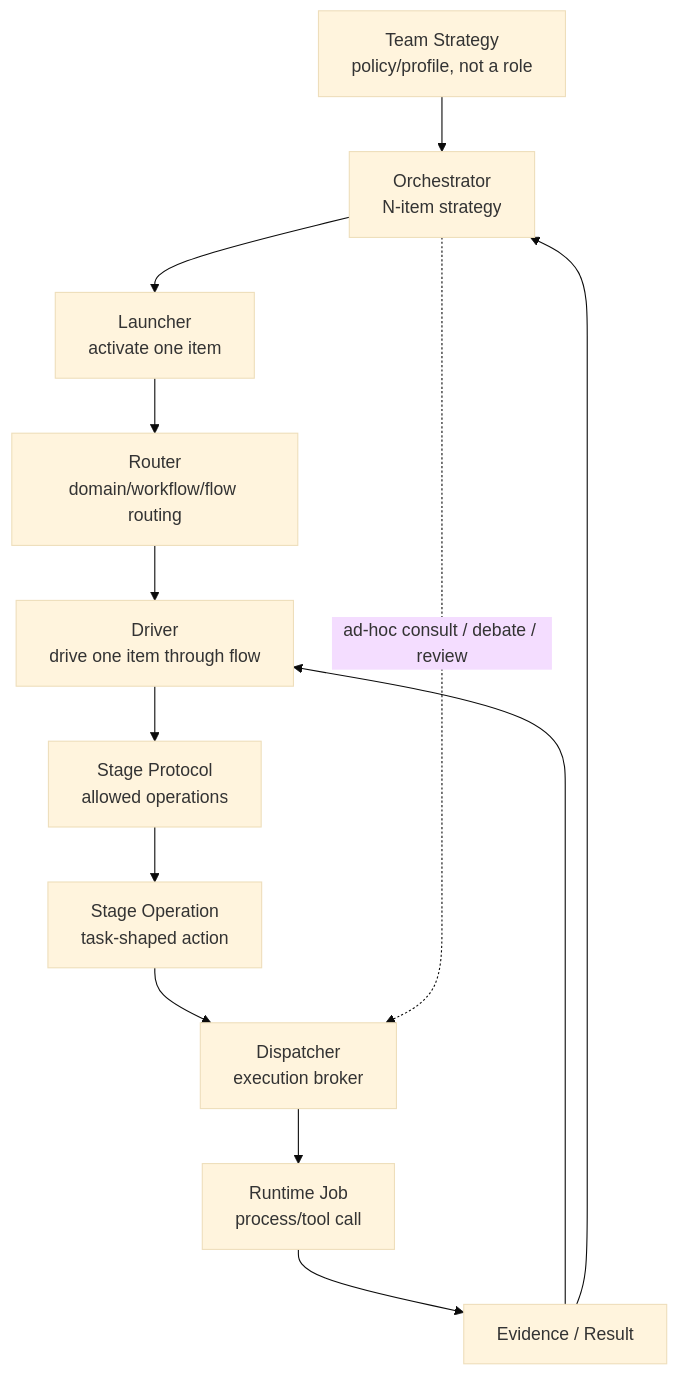
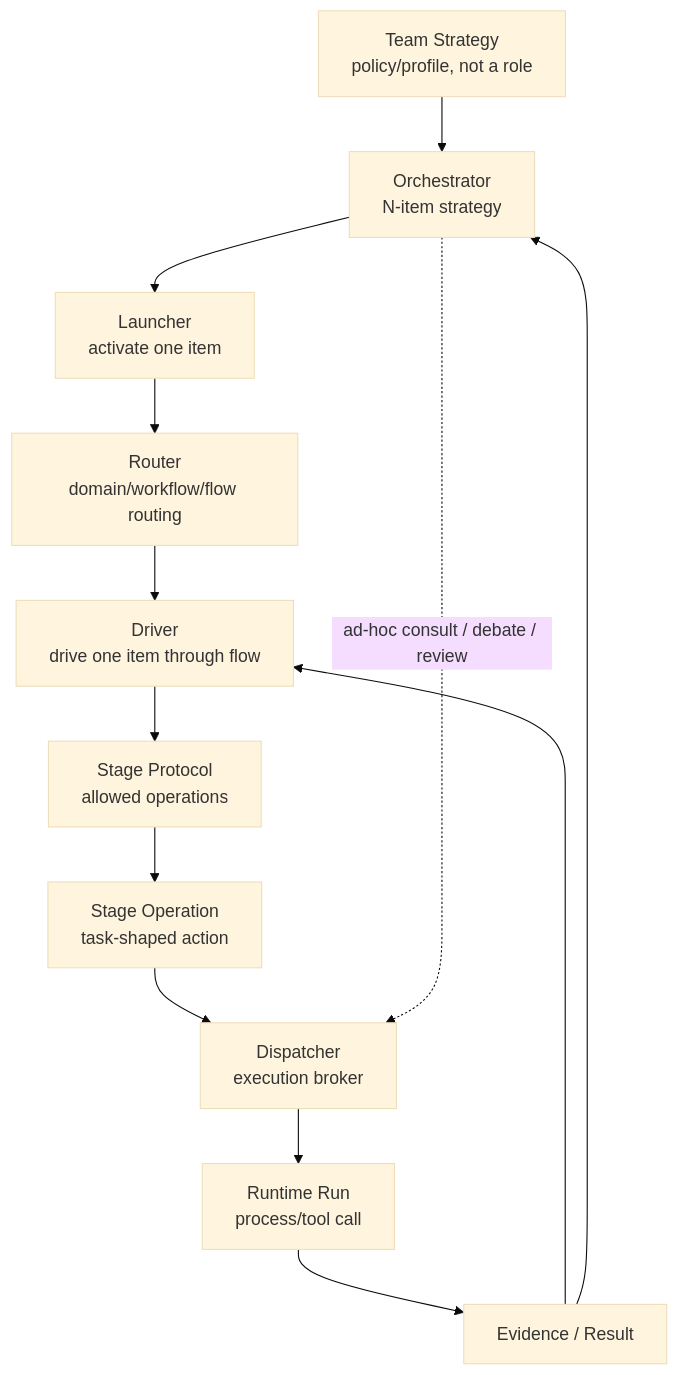
Before and after one commit to vantt/forgent: the diagram in docs/architect/agent-coordination/orchestration-vocabulary-map.md, drawn with Mermaid (base theme). The commit also changed other lines of this file and 8 other files, not shown here.

````diff
--- a/docs/architect/agent-coordination/orchestration-vocabulary-map.md
+++ b/docs/architect/agent-coordination/orchestration-vocabulary-map.md
@@ -386,15 +501,15 @@
 ```mermaid
 flowchart TD
   Strategy[Team Strategy<br/>policy/profile, not a role] --> Orchestrator
   Orchestrator[Orchestrator<br/>N-item strategy] --> Launcher
   Launcher[Launcher<br/>activate one item] --> Router
   Router[Router<br/>domain/workflow/flow routing] --> Driver
   Driver[Driver<br/>drive one item through flow] --> Protocol[Stage Protocol<br/>allowed operations]
   Protocol --> Operation[Stage Operation<br/>task-shaped action]
   Operation --> Dispatcher
-  Dispatcher[Dispatcher<br/>execution broker] --> Runtime[Runtime Job<br/>process/tool call]
+  Dispatcher[Dispatcher<br/>execution broker] --> Runtime[Runtime Run<br/>process/tool call]
   Runtime --> Evidence[Evidence / Result]
   Evidence --> Driver
   Evidence --> Orchestrator
   Orchestrator -. ad-hoc consult / debate / review .-> Dispatcher
 ```
````
